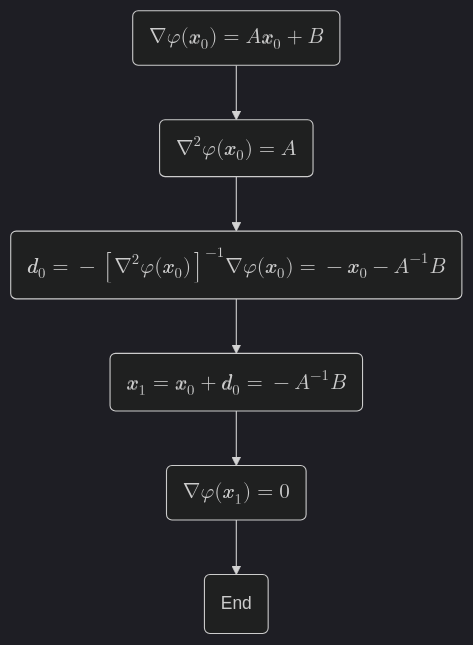
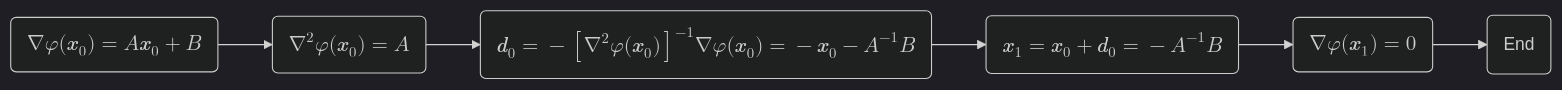
Before and after one commit to peterpanxw/xiweipan: the diagram in content/en/blog/2025-04-20-constrainedopti.md, drawn with Mermaid (dark theme).

Commit message:
updating site on Tue Apr 22 16:56:15     2025

````diff
--- a/content/en/blog/2025-04-20-constrainedopti.md
+++ b/content/en/blog/2025-04-20-constrainedopti.md
@@ -130,4 +130,4 @@
 ```mermaid
-graph TB
+graph LR
 A("$$\nabla\varphi(\pmb{x}_0)=A\pmb{x}_0+B$$") --> B("$$\nabla^2\varphi(\pmb{x}_0)=A$$") --> C("$$\pmb{d}_0=-\left[\nabla^2\varphi(\pmb{x}_0)\right]^{-1}\nabla\varphi(\pmb{x}_0)=-\pmb{x}_0-A^{-1}B$$") --> D("$$\pmb{x}_1=\pmb{x}_0+\pmb{d}_0=-A^{-1}B$$") --> E("$$\nabla\varphi(\pmb{x}_1)=0$$") --> F(End)
 ```
````
